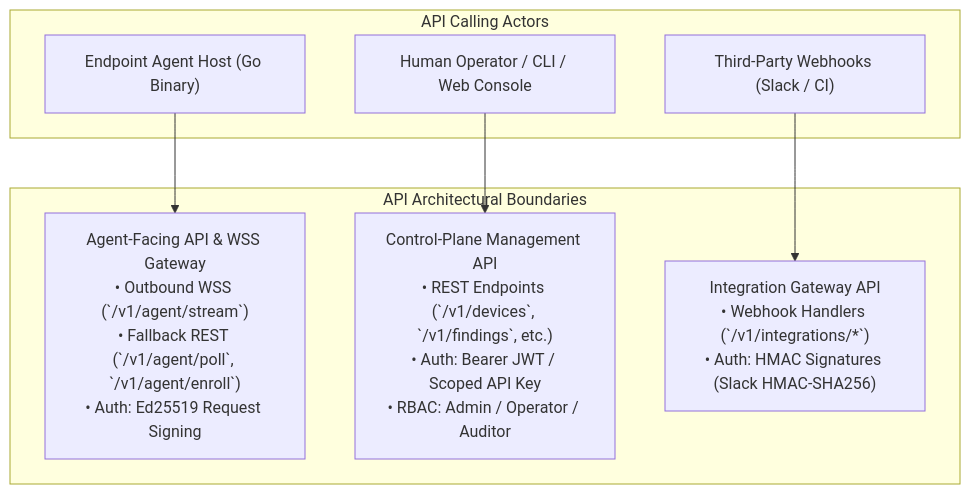
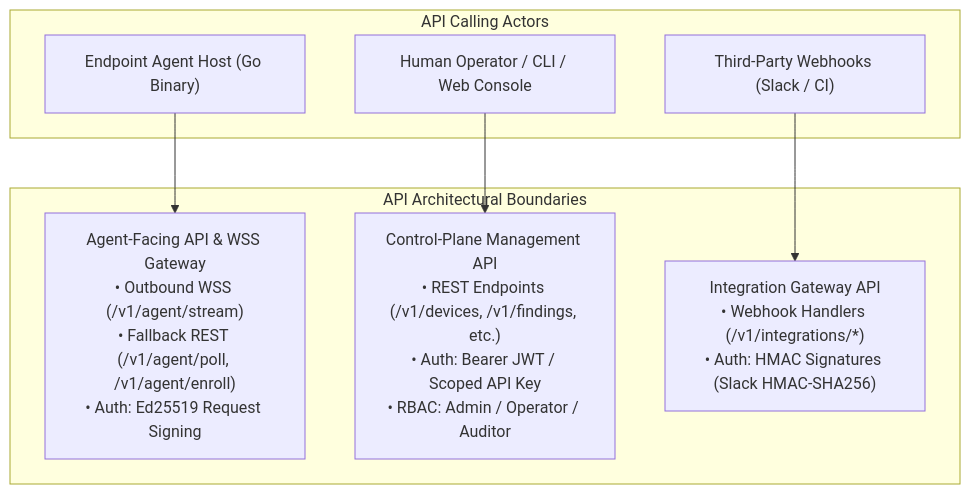
Before and after one commit to Subhadip-Paul2006/NETRA-Backend: the first of 2 diagrams in docs/API.md, drawn with Mermaid. The commit also changed other lines of this file and 14 other files, not shown here.

Commit message:
fix(docs): resolve GitHub Mermaid diagram lexical errors and KaTeX math formatting across all specifications

````diff
--- a/docs/API.md
+++ b/docs/API.md
@@ -35,18 +35,18 @@
 ```mermaid
 flowchart TD
     subgraph Actors["API Calling Actors"]
         AgentHost["Endpoint Agent Host (Go Binary)"]
         Operator["Human Operator / CLI / Web Console"]
         Integration["Third-Party Webhooks (Slack / CI)"]
     end
 
     subgraph Boundaries["API Architectural Boundaries"]
-        AgentAPI["Agent-Facing API & WSS Gateway<br/>• Outbound WSS (`/v1/agent/stream`)<br/>• Fallback REST (`/v1/agent/poll`, `/v1/agent/enroll`)<br/>• Auth: Ed25519 Request Signing"]
-        ControlAPI["Control-Plane Management API<br/>• REST Endpoints (`/v1/devices`, `/v1/findings`, etc.)<br/>• Auth: Bearer JWT / Scoped API Key<br/>• RBAC: Admin / Operator / Auditor"]
-        IntegrationAPI["Integration Gateway API<br/>• Webhook Handlers (`/v1/integrations/*`)<br/>• Auth: HMAC Signatures (Slack HMAC-SHA256)"]
+        AgentAPI["Agent-Facing API & WSS Gateway<br/>• Outbound WSS (/v1/agent/stream)<br/>• Fallback REST (/v1/agent/poll, /v1/agent/enroll)<br/>• Auth: Ed25519 Request Signing"]
+        ControlAPI["Control-Plane Management API<br/>• REST Endpoints (/v1/devices, /v1/findings, etc.)<br/>• Auth: Bearer JWT / Scoped API Key<br/>• RBAC: Admin / Operator / Auditor"]
+        IntegrationAPI["Integration Gateway API<br/>• Webhook Handlers (/v1/integrations/*)<br/>• Auth: HMAC Signatures (Slack HMAC-SHA256)"]
     end
 
     AgentHost --> AgentAPI
     Operator --> ControlAPI
     Integration --> IntegrationAPI
 ```
````
